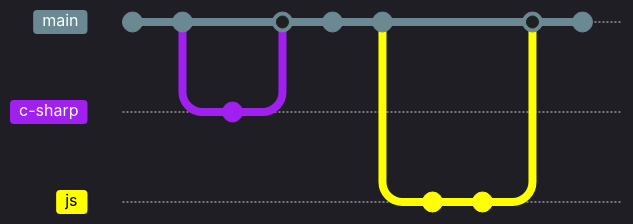
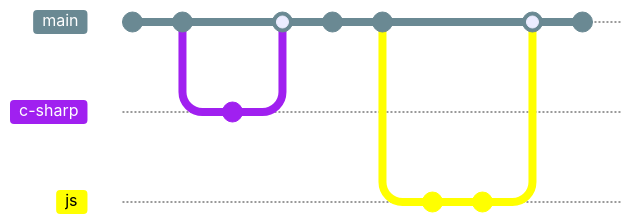
The diagram in README.md (steepl/steepl), drawn with Mermaid before and after one commit. The commit also changed other lines of this file, not shown here. Commit ids are hidden.

Commit message:
Small improvements on styling and text

````diff
--- a/README.md
+++ b/README.md
@@ -3,25 +4,28 @@
 ```mermaid
-%%{init: { 'theme': 'dark', 'themeVariables': {
+%%{init: { 'theme': 'default', 'themeVariables': {
               'gitBranchLabel0': '#fff',
               'git0': '#6a8993',
               'gitBranchLabel1': '#fff',
               'git1': '#A020F0',
               'gitBranchLabel2': '#000',
-              'git2': '#ffff00'
+              'git2': '#ffff00',
+              'commitLabelColor': '#b8b6b6',
+              'commitLabelBackground': '#303133'
+             
        } } }%%
   gitGraph:
     commit
     commit
     branch c-sharp
     commit id: "Blaeu.NET"
     checkout main
     merge c-sharp
     commit
     commit
     branch js
     commit id: "digigem"
     commit id: "MagicDashboard"
     checkout main
     merge js
     commit
 ```
````
